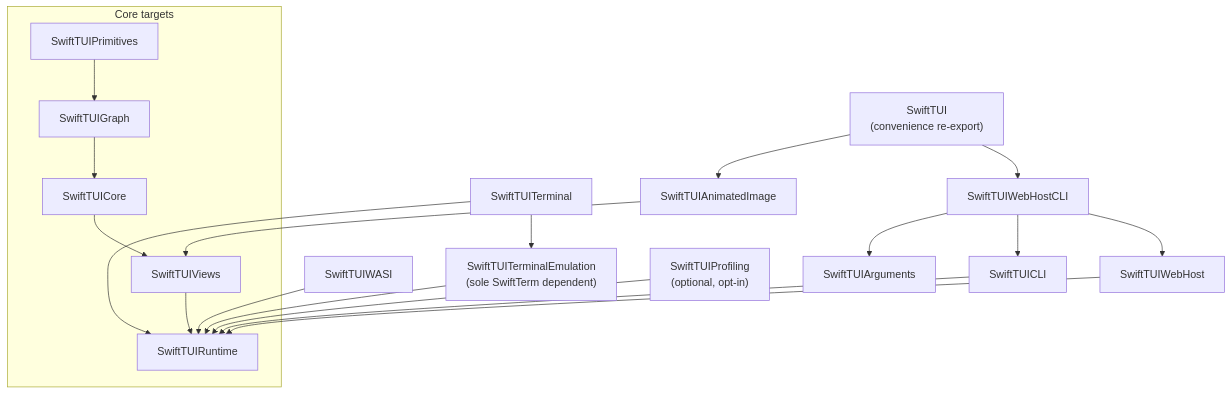
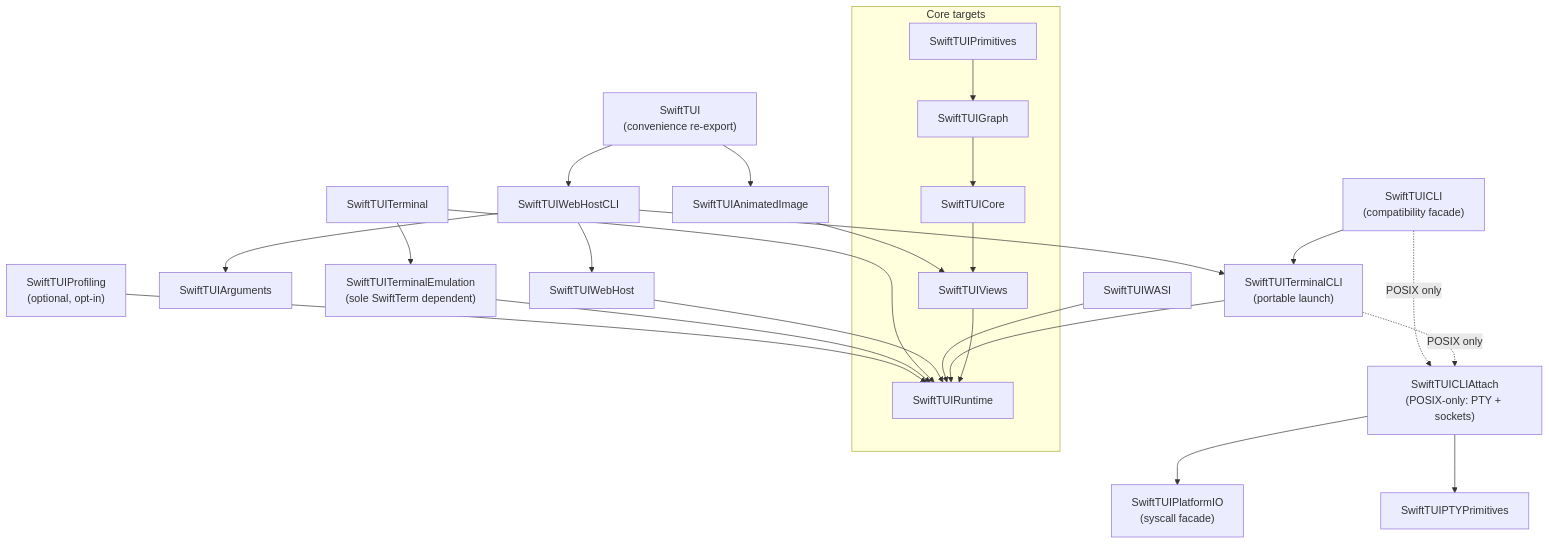
Before and after one commit to SwiftTUI/swift-tui: the second of 2 diagrams in docs/ARCHITECTURE.md, drawn with Mermaid. The commit also changed other lines of this file and 44 other files, not shown here.

First line of the commit message:
feat: split SwiftTUICLI into portable launch and POSIX-only attach halves

````diff
--- a/docs/ARCHITECTURE.md
+++ b/docs/ARCHITECTURE.md
@@ -41,31 +41,37 @@
 ```mermaid
 flowchart TD
     subgraph engine["Core targets"]
         SwiftTUIPrimitives
         SwiftTUIGraph
         SwiftTUICore
         SwiftTUIViews
         SwiftTUIRuntime
     end
     SwiftTUIPrimitives --> SwiftTUIGraph
     SwiftTUIGraph --> SwiftTUICore
     SwiftTUICore --> SwiftTUIViews
     SwiftTUIViews --> SwiftTUIRuntime
 
     SwiftTUIArguments
-    SwiftTUICLI --> SwiftTUIRuntime
+    SwiftTUITerminalCLI["SwiftTUITerminalCLI<br/>(portable launch)"] --> SwiftTUIRuntime
+    SwiftTUITerminalCLI -.->|POSIX only| SwiftTUICLIAttach
+    SwiftTUICLIAttach["SwiftTUICLIAttach<br/>(POSIX-only: PTY + sockets)"] --> SwiftTUIPlatformIO
+    SwiftTUICLIAttach --> SwiftTUIPTYPrimitives
+    SwiftTUIPlatformIO["SwiftTUIPlatformIO<br/>(syscall facade)"]
+    SwiftTUICLI["SwiftTUICLI<br/>(compatibility facade)"] --> SwiftTUITerminalCLI
+    SwiftTUICLI -.->|POSIX only| SwiftTUICLIAttach
     SwiftTUI["SwiftTUI<br/>(convenience re-export)"]
     SwiftTUI --> SwiftTUIWebHostCLI
     SwiftTUI --> SwiftTUIAnimatedImage
 
     SwiftTUIWASI --> SwiftTUIRuntime
     SwiftTUIWebHost --> SwiftTUIRuntime
     SwiftTUIWebHostCLI --> SwiftTUIWebHost
-    SwiftTUIWebHostCLI --> SwiftTUICLI
+    SwiftTUIWebHostCLI --> SwiftTUITerminalCLI
     SwiftTUIWebHostCLI --> SwiftTUIArguments
     SwiftTUITerminal --> SwiftTUIRuntime
     SwiftTUITerminal --> SwiftTUITerminalEmulation
     SwiftTUITerminalEmulation["SwiftTUITerminalEmulation<br/>(sole SwiftTerm dependent)"] --> SwiftTUIRuntime
     SwiftTUIAnimatedImage --> SwiftTUIViews
     SwiftTUIProfiling["SwiftTUIProfiling<br/>(optional, opt-in)"] --> SwiftTUIRuntime
 ```
````
